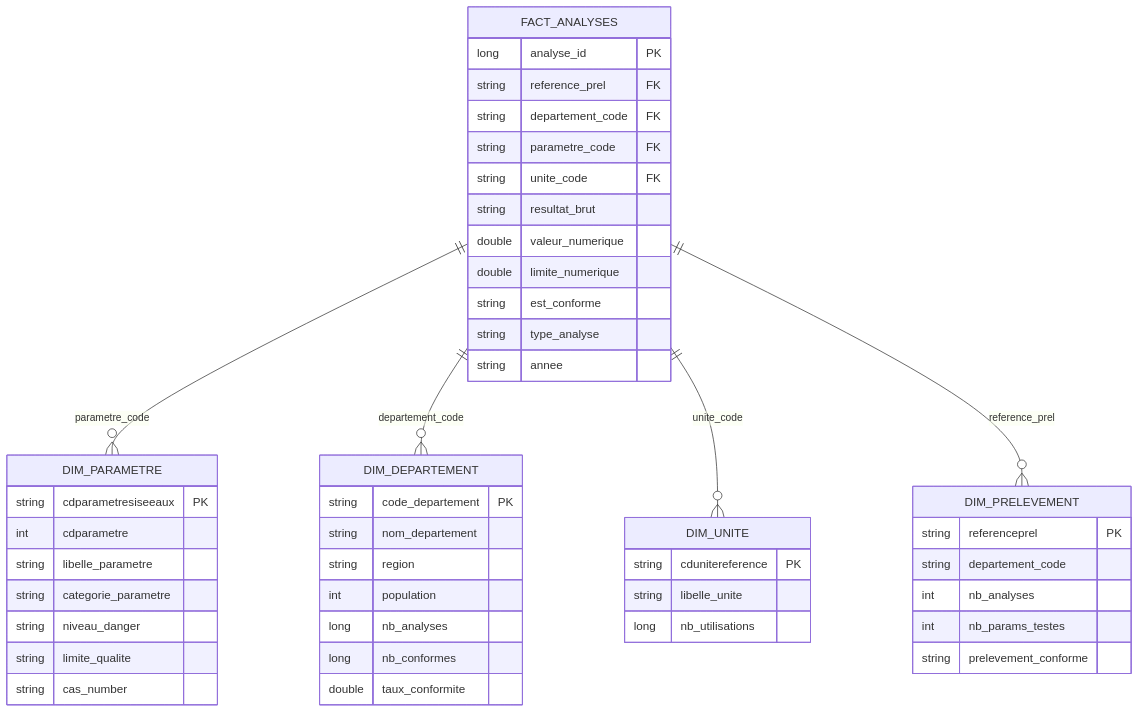
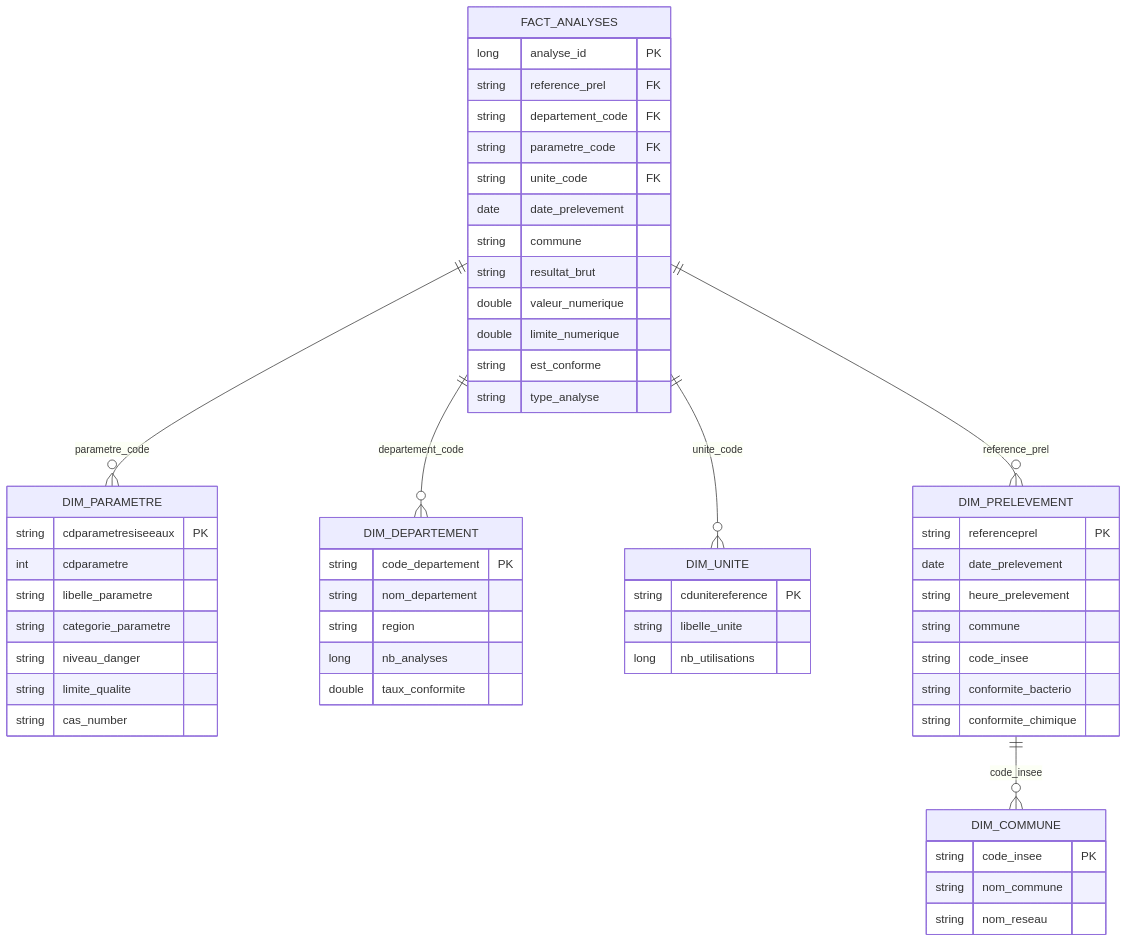
Before and after one commit to MariamDouamba/water-quality-pipeline: the second of 3 diagrams in README.md, drawn with Mermaid. The commit also changed other lines of this file, not shown here.

First line of the commit message:
docs: update README with Mermaid diagrams and full model

````diff
--- a/README.md
+++ b/README.md
@@ -21,55 +21,63 @@
 ```mermaid
 erDiagram
     FACT_ANALYSES ||--o{ DIM_PARAMETRE : "parametre_code"
     FACT_ANALYSES ||--o{ DIM_DEPARTEMENT : "departement_code"
     FACT_ANALYSES ||--o{ DIM_UNITE : "unite_code"
     FACT_ANALYSES ||--o{ DIM_PRELEVEMENT : "reference_prel"
+    DIM_PRELEVEMENT ||--o{ DIM_COMMUNE : "code_insee"
 
     FACT_ANALYSES {
         long analyse_id PK
         string reference_prel FK
         string departement_code FK
         string parametre_code FK
         string unite_code FK
+        date date_prelevement
+        string commune
         string resultat_brut
         double valeur_numerique
         double limite_numerique
         string est_conforme
         string type_analyse
-        string annee
     }
 
     DIM_PARAMETRE {
         string cdparametresiseeaux PK
         int cdparametre
         string libelle_parametre
         string categorie_parametre
         string niveau_danger
         string limite_qualite
         string cas_number
     }
 
     DIM_DEPARTEMENT {
         string code_departement PK
         string nom_departement
         string region
-        int population
         long nb_analyses
-        long nb_conformes
         double taux_conformite
     }
 
     DIM_UNITE {
         string cdunitereference PK
         string libelle_unite
         long nb_utilisations
     }
 
     DIM_PRELEVEMENT {
         string referenceprel PK
-        string departement_code
-        int nb_analyses
-        int nb_params_testes
-        string prelevement_conforme
+        date date_prelevement
+        string heure_prelevement
+        string commune
+        string code_insee
+        string conformite_bacterio
+        string conformite_chimique
+    }
+
+    DIM_COMMUNE {
+        string code_insee PK
+        string nom_commune
+        string nom_reseau
     }
 ```
````
